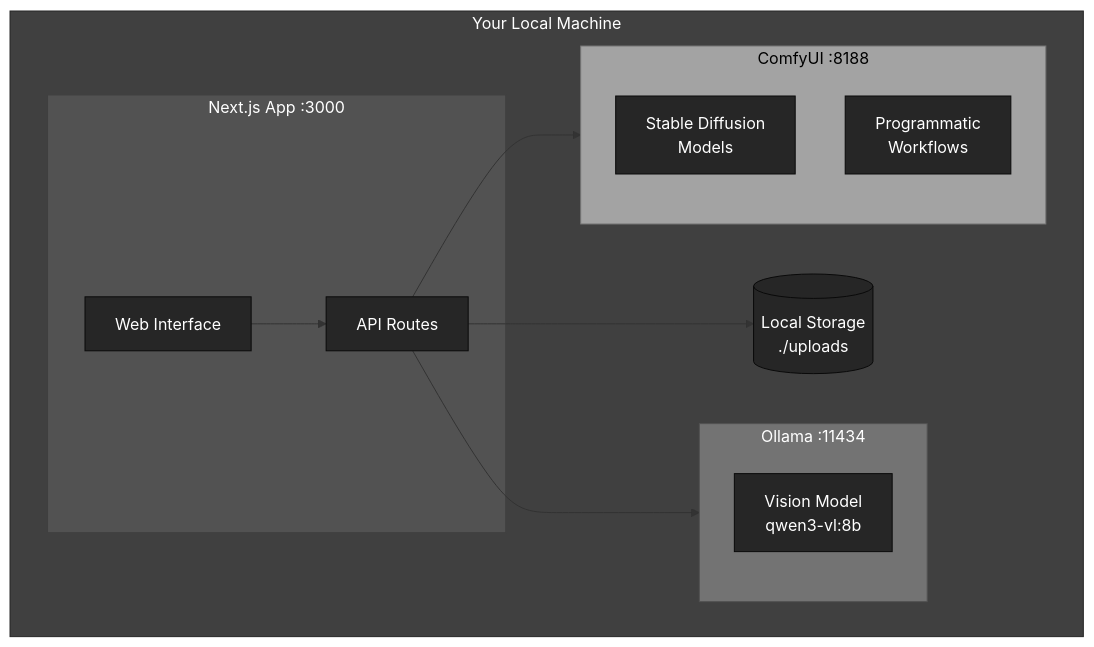
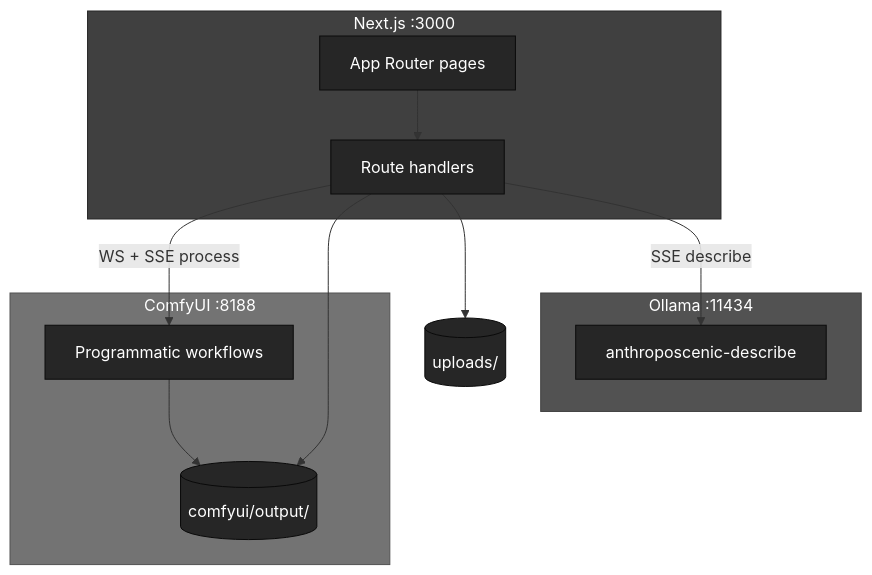
Before and after one commit to johnnaumann/anthroposcenic_001: the diagram in README.md, drawn with Mermaid. The commit also changed other lines of this file and 10 other files, not shown here.

````diff
--- a/README.md
+++ b/README.md
@@ -33,36 +17,35 @@
 ```mermaid
-graph TB
-    subgraph local["Your Local Machine"]
-        subgraph app["Next.js App :3000"]
-            UI[Web Interface]
-            API[API Routes]
-        end
-        
-        subgraph ollama["Ollama :11434"]
-            VM[Vision Model<br/>qwen3-vl:8b]
-        end
-        
-        subgraph comfy["ComfyUI :8188"]
-            SD[Stable Diffusion<br/>Models]
-            WF[Programmatic<br/>Workflows]
-        end
-        
-        FS[(Local Storage<br/>./uploads)]
+flowchart TB
+    subgraph app["Next.js :3000"]
+        UI[App Router pages]
+        API[Route handlers]
     end
-    
+
+    subgraph ollama["Ollama :11434"]
+        VM[anthroposcenic-describe]
+    end
+
+    subgraph comfy["ComfyUI :8188"]
+        WF[Programmatic workflows]
+        OUT[(comfyui/output/)]
+    end
+
+    UP[(uploads/)]
+
     UI --> API
-    API --> ollama
-    API --> comfy
-    API --> FS
-    
-    style local fill:#404040,stroke:#262626,color:#ffffff
-    style app fill:#525252,stroke:#404040,color:#ffffff
-    style ollama fill:#737373,stroke:#525252,color:#ffffff
-    style comfy fill:#a3a3a3,stroke:#737373,color:#000000
+    API -->|SSE describe| VM
+    API -->|WS + SSE process| WF
+    API --> UP
+    WF --> OUT
+    API --> OUT
+
+    style app fill:#404040,stroke:#262626,color:#ffffff
+    style ollama fill:#525252,stroke:#404040,color:#ffffff
+    style comfy fill:#737373,stroke:#525252,color:#ffffff
     style UI fill:#262626,stroke:#0a0a0a,color:#ffffff
     style API fill:#262626,stroke:#0a0a0a,color:#ffffff
     style VM fill:#262626,stroke:#0a0a0a,color:#ffffff
-    style SD fill:#262626,stroke:#0a0a0a,color:#ffffff
     style WF fill:#262626,stroke:#0a0a0a,color:#ffffff
-    style FS fill:#262626,stroke:#0a0a0a,color:#ffffff
+    style UP fill:#262626,stroke:#0a0a0a,color:#ffffff
+    style OUT fill:#262626,stroke:#0a0a0a,color:#ffffff
 ```
````
